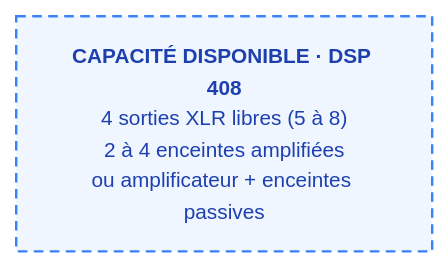
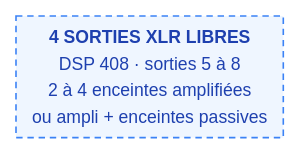
Before and after one commit to HAZIT-FR/PGE-SONO: the second of 4 diagrams in README.md, drawn with Mermaid.

Commit message:
docs: réduire l'encadré des sorties DSP libres

```diff
--- a/README.md
+++ b/README.md
@@ -98,7 +98,7 @@
 ~~~mermaid
-%%{init: {"flowchart": {"diagramPadding": 2, "htmlLabels": true}, "theme": "base", "themeVariables": {"fontSize": "13px"}}}%%
+%%{init: {"flowchart": {"diagramPadding": 0, "padding": 5, "htmlLabels": true, "wrappingWidth": 360}, "theme": "base", "themeVariables": {"fontSize": "11px"}}}%%
 flowchart LR
-  LIBRE["<b>CAPACITÉ DISPONIBLE · DSP 408</b><br/>4 sorties XLR libres (5 à 8)<br/>2 à 4 enceintes amplifiées<br/>ou amplificateur + enceintes passives"]
-  classDef reserve fill:#eff6ff,stroke:#3b82f6,stroke-width:1.5px,stroke-dasharray:6 4,color:#1e40af;
+  LIBRE["<b>4 SORTIES XLR LIBRES</b><br/>DSP 408 · sorties 5 à 8<br/>2 à 4 enceintes amplifiées<br/>ou ampli + enceintes passives"]
+  classDef reserve fill:#eff6ff,stroke:#3b82f6,stroke-width:1px,stroke-dasharray:4 3,color:#1e40af;
   class LIBRE reserve;
 ~~~
```
